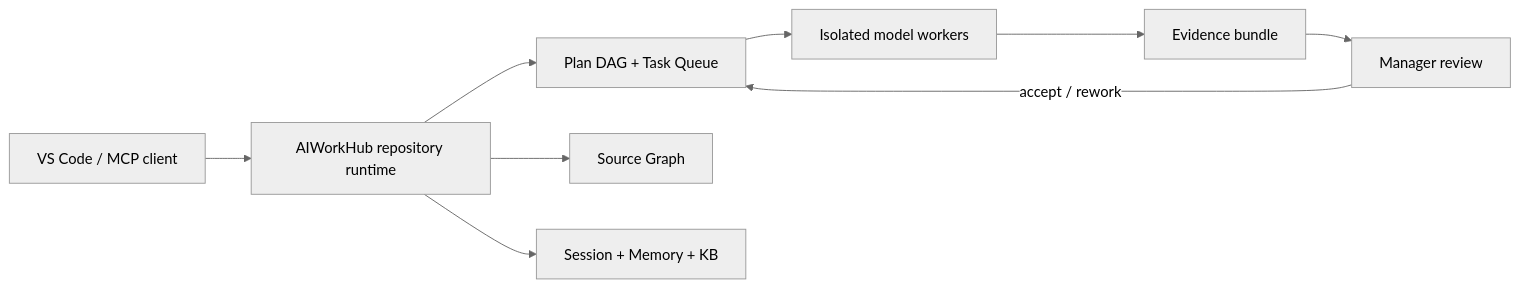
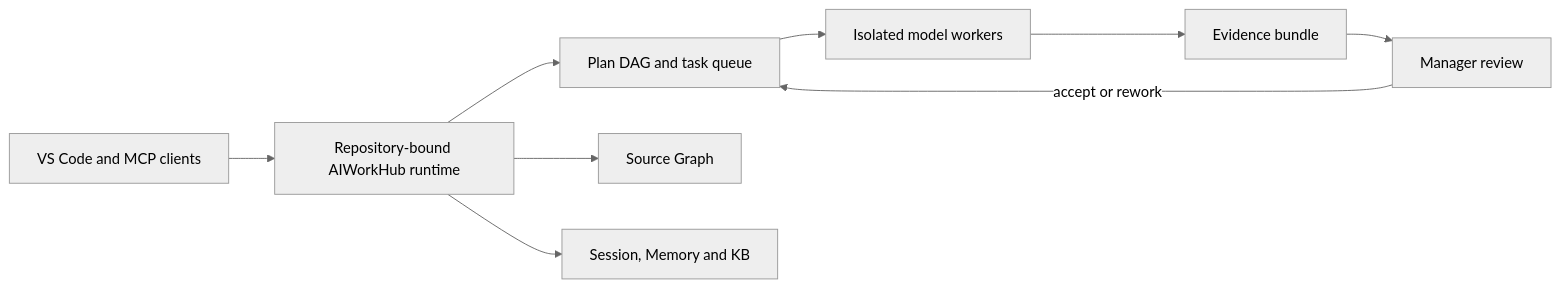
One commit to shrec/AIWorkHub changed the diagram in README.md. Above: the diagram before and after it, drawn with Mermaid (neutral theme). The commit also changed other lines of this file and 14 other files, not shown here.

````diff
--- a/README.md
+++ b/README.md
@@ -54,11 +41,11 @@
 ```mermaid
 flowchart LR
-    A[VS Code / MCP client] --> B[AIWorkHub repository runtime]
-    B --> C[Plan DAG + Task Queue]
+    A[VS Code and MCP clients] --> B[Repository-bound AIWorkHub runtime]
+    B --> C[Plan DAG and task queue]
     B --> D[Source Graph]
-    B --> E[Session + Memory + KB]
+    B --> E[Session, Memory and KB]
     C --> F[Isolated model workers]
     F --> G[Evidence bundle]
     G --> H[Manager review]
-    H -->|accept / rework| C
+    H -->|accept or rework| C
 ```
````
